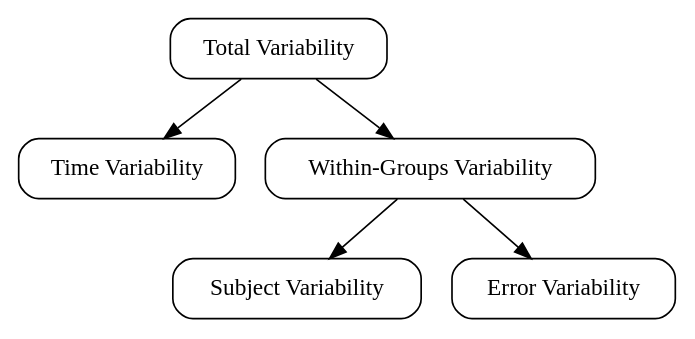
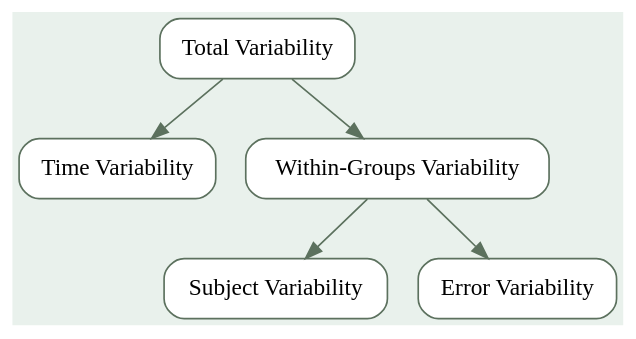
One commit to DavidBrocker/348SlideDecks changed the diagram in lec14/lec14.qmd. Above: the diagram before and after it, drawn with Graphviz. The commit also changed other lines of this file and 30 other files, not shown here.

````diff
--- a/lec14/lec14.qmd
+++ b/lec14/lec14.qmd
@@ -248,16 +285,18 @@
 ```{dot}
- digraph {     
-    node[shape = "box", style = "rounded"]
-    
-      A[label="Total Variability"]
-      B[label="Time Variability"]
-      C[label="Within-Groups Variability"]
-      D[label="Subject Variability"]
-      E[label="Error Variability"]
-      
-      A -> B
-      A -> C
-      C -> D
-      C -> E
+digraph {
+  node[shape = "box", style = "rounded,filled", fillcolor = "white", color = "#5C715E", fontname = "Fira Sans"]
+  edge[color = "#5C715E"]
+  bgcolor = "#E9F1EC"
+
+  A[label="Total Variability"]
+  B[label="Time Variability"]
+  C[label="Within-Groups Variability"]
+  D[label="Subject Variability"]
+  E[label="Error Variability"]
+
+  A -> B
+  A -> C
+  C -> D
+  C -> E
 }
 ```
````
